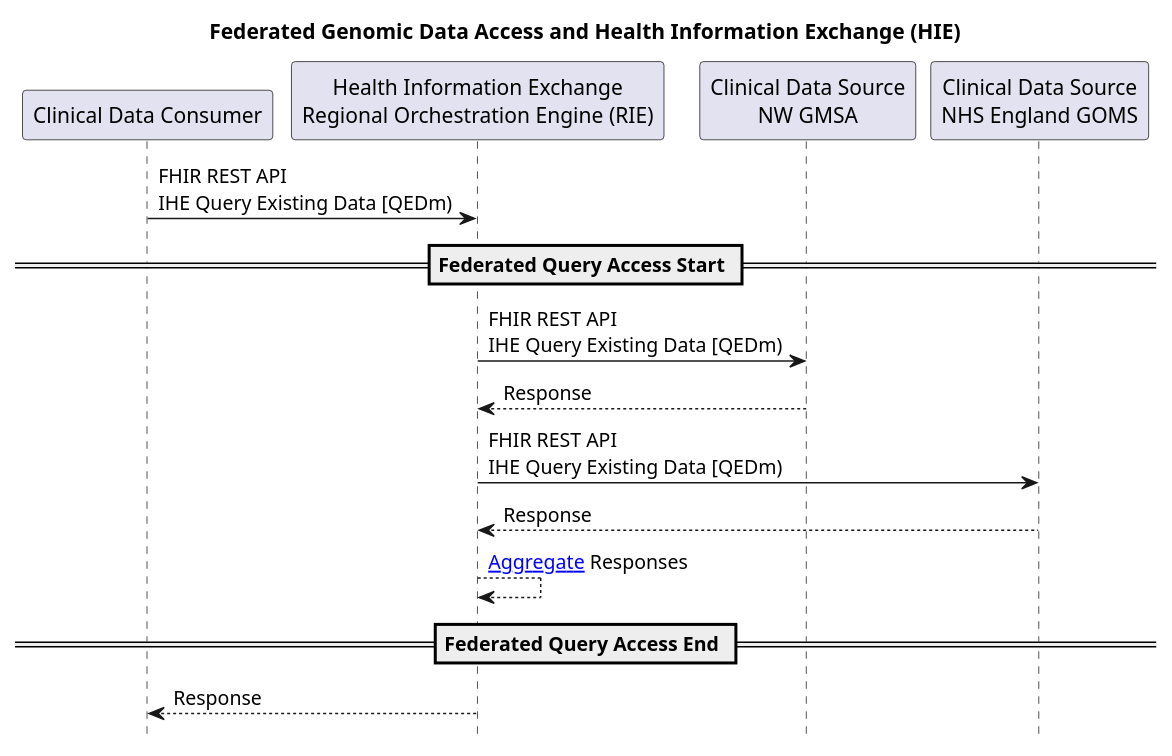
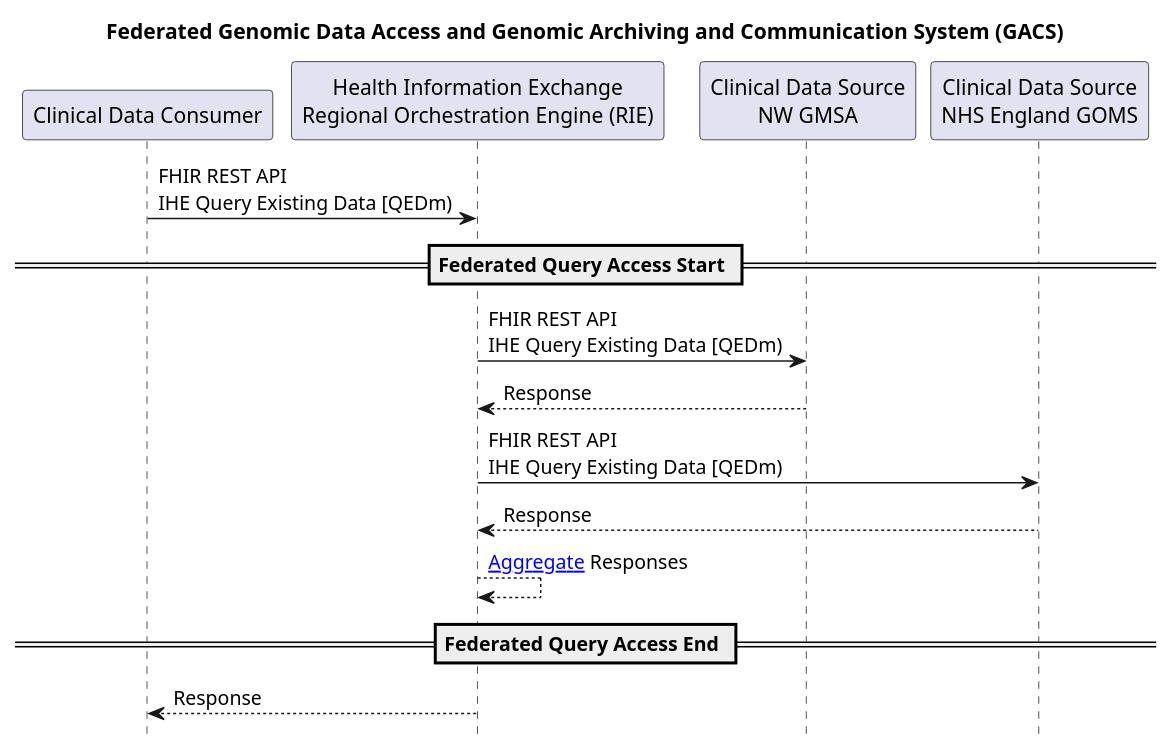
One commit to uk-gov-mirror/nw-gmsa.nw-gmsa.github.com changed the diagram in input/images-source/HIE-QEDm-Federated-Sequence.plantuml. Above: the diagram before and after it, drawn with PlantUML. The commit also changed 24 other files, not shown here.

Commit message:
Added mermain diagrams from HIE Design

```diff
--- a/input/images-source/HIE-QEDm-Federated-Sequence.plantuml
+++ b/input/images-source/HIE-QEDm-Federated-Sequence.plantuml
@@ -1,31 +1,31 @@
   @startuml
 
 
-  title "Federated Genomic Data Access and Health Information Exchange (HIE)"
+  title "Federated Genomic Data Access and Genomic Archiving and Communication System (GACS)"
 
   hide footbox
 
   participant "Clinical Data Consumer" as DocumentConsumer
 
   participant "Health Information Exchange\nRegional Orchestration Engine (RIE)" as RIE
 
   participant "Clinical Data Source\nNW GMSA" as CDR1
 
   participant "Clinical Data Source\nNHS England GOMS" as CDR2
 
   DocumentConsumer -> RIE : FHIR REST API\nIHE Query Existing Data [QEDm)
 
 == Federated Query Access Start ==
 
   RIE -> CDR1 : FHIR REST API\nIHE Query Existing Data [QEDm)
   CDR1 --> RIE: Response
 
   RIE -> CDR2 : FHIR REST API\nIHE Query Existing Data [QEDm)
   CDR2 --> RIE: Response
 
   RIE --> RIE: [[https://www.enterpriseintegrationpatterns.com/patterns/messaging/Aggregator.html Aggregate]] Responses
 == Federated Query Access End ==
 
   RIE --> DocumentConsumer: Response
 
   @enduml
```
